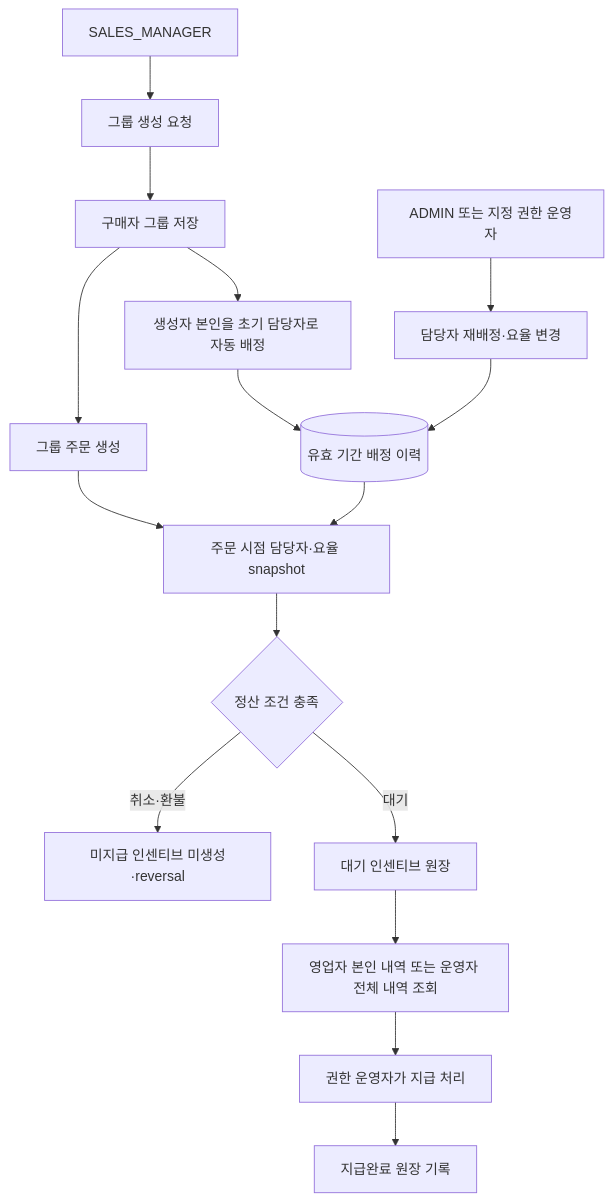
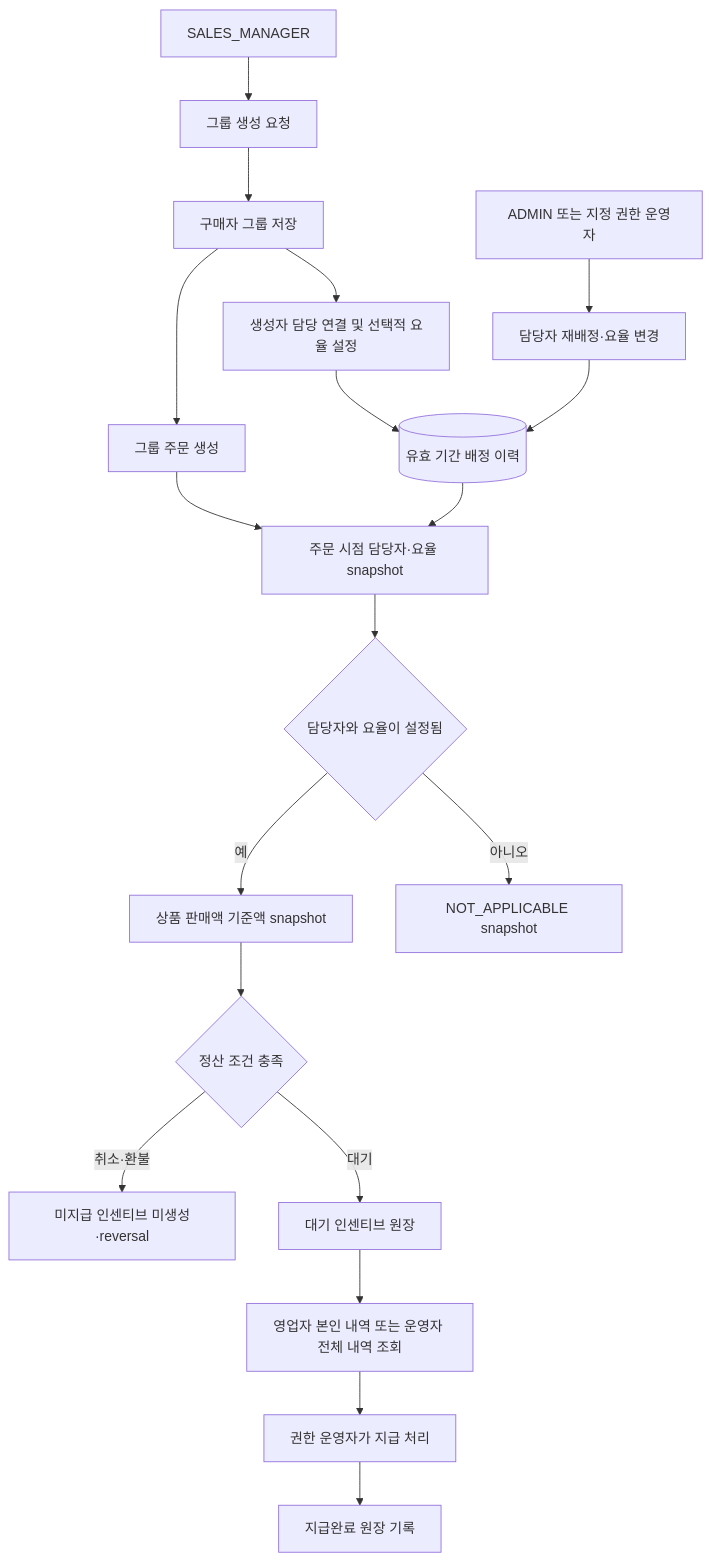
Before and after one commit to DongHyeonEom/umji-market-api: the third of 3 diagrams in docs/services/operation.md, drawn with Mermaid. The commit also changed other lines of this file and 2 other files, not shown here.

````diff
--- a/docs/services/operation.md
+++ b/docs/services/operation.md
@@ -177,18 +176,21 @@
 ```mermaid
 flowchart TD
     SALES[SALES_MANAGER] --> CREATE[그룹 생성 요청]
     CREATE --> GROUP[구매자 그룹 저장]
-    GROUP --> ASSIGN[생성자 본인을 초기 담당자로 자동 배정]
+    GROUP --> ASSIGN[생성자 담당 연결 및 선택적 요율 설정]
     ADMIN[ADMIN 또는 지정 권한 운영자] --> REASSIGN[담당자 재배정·요율 변경]
     ASSIGN --> HISTORY[(유효 기간 배정 이력)]
     REASSIGN --> HISTORY
     GROUP --> ORDER[그룹 주문 생성]
     HISTORY --> SNAPSHOT[주문 시점 담당자·요율 snapshot]
     ORDER --> SNAPSHOT
-    SNAPSHOT --> QUALIFY{정산 조건 충족}
+    SNAPSHOT --> RATE{담당자와 요율이 설정됨}
+    RATE -->|아니오| NOCOMMISSION[NOT_APPLICABLE snapshot]
+    RATE -->|예| BASE[상품 판매액 기준액 snapshot]
+    BASE --> QUALIFY{정산 조건 충족}
     QUALIFY -->|대기| PENDING[대기 인센티브 원장]
     QUALIFY -->|취소·환불| REVERSE[미지급 인센티브 미생성·reversal]
     PENDING --> REVIEW[영업자 본인 내역 또는 운영자 전체 내역 조회]
     REVIEW --> SETTLE[권한 운영자가 지급 처리]
     SETTLE --> PAID[지급완료 원장 기록]
 ```
````
